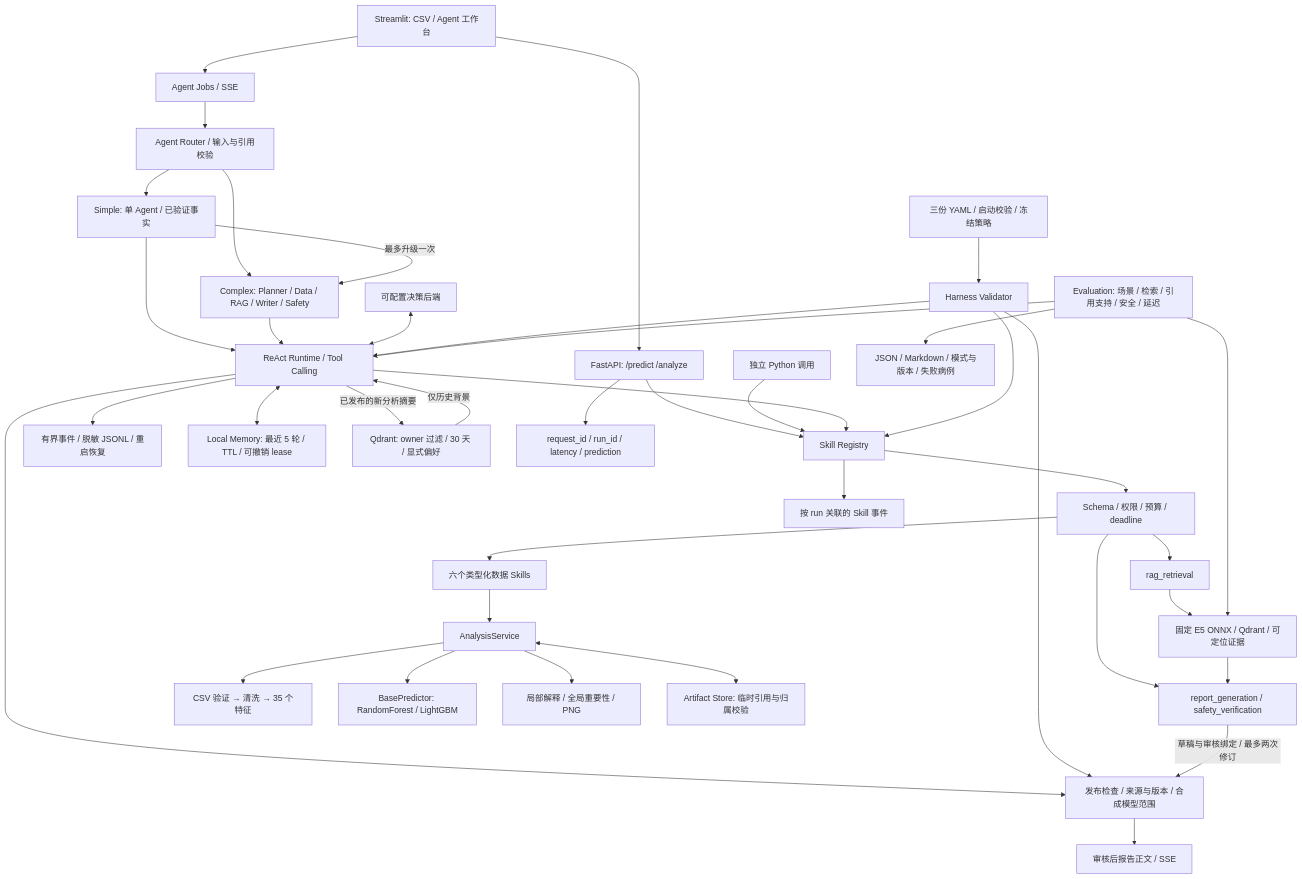
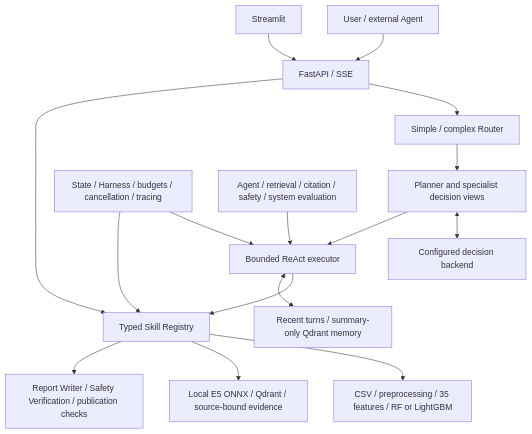
Before and after one commit to rensabella/smart-health-agent: the diagram in README.md, drawn with Mermaid. The commit also changed other lines of this file and 235 other files, not shown here.

````diff
--- a/README.md
+++ b/README.md
@@ -29,42 +27,18 @@
 ```mermaid
 flowchart TB
-    UI[Streamlit: CSV / Agent 工作台] --> HTTP
-    UI --> JOB
-    HTTP[FastAPI: /predict /analyze] --> REG[Skill Registry]
-    SCRIPT[独立 Python 调用] --> REG
-    AGENT[ReAct Runtime / Tool Calling] --> REG
-    JOB[Agent Jobs / SSE] --> ROUTER[Agent Router / 输入与引用校验]
-    ROUTER --> SIMPLE[Simple: 单 Agent / 已验证事实]
-    ROUTER --> COMPLEX[Complex: Planner / Data / RAG / Writer / Safety]
-    SIMPLE --> AGENT
-    COMPLEX --> AGENT
-    SIMPLE -->|最多升级一次| COMPLEX
-    LLM[可配置决策后端] <--> AGENT
-    YAML[三份 YAML / 启动校验 / 冻结策略] --> HARNESS[Harness Validator]
-    HARNESS --> AGENT
-    HARNESS --> REG
-    AGENT --> PUB[发布检查 / 来源与版本 / 合成模型范围]
-    PUB --> STREAM[审核后报告正文 / SSE]
-    HARNESS --> PUB
-    AGENT --> JOURNAL[有界事件 / 脱敏 JSONL / 重启恢复]
-    AGENT <--> STM[Local Memory: 最近 5 轮 / TTL / 可撤销 lease]
-    AGENT -->|已发布的新分析摘要| LTM[Qdrant: owner 过滤 / 30 天 / 显式偏好]
-    LTM -->|仅历史背景| AGENT
-    REG --> CHECK[Schema / 权限 / 预算 / deadline]
-    CHECK --> SKILLS[六个类型化数据 Skills]
-    CHECK --> KNOW[rag_retrieval]
-    KNOW --> RETRIEVAL[固定 E5 ONNX / Qdrant / 可定位证据]
-    CHECK --> REPORT[report_generation / safety_verification]
-    RETRIEVAL --> REPORT
-    REPORT -->|草稿与审核绑定 / 最多两次修订| PUB
-    SKILLS --> SERVICE[AnalysisService]
-    SERVICE --> PROCESS[CSV 验证 → 清洗 → 35 个特征]
-    SERVICE --> MODEL[BasePredictor: RandomForest / LightGBM]
-    SERVICE --> OUTPUT[局部解释 / 全局重要性 / PNG]
-    SERVICE <--> STORE[Artifact Store: 临时引用与归属校验]
-    REG --> TRACE[按 run 关联的 Skill 事件]
-    HTTP --> LOG[request_id / run_id / latency / prediction]
-    EVAL[Evaluation: 场景 / 检索 / 引用支持 / 安全 / 延迟] --> AGENT
-    EVAL --> RETRIEVAL
-    EVAL --> EVALOUT[JSON / Markdown / 模式与版本 / 失败病例]
+    User[User / external Agent] --> API[FastAPI / SSE]
+    UI[Streamlit] --> API
+    API --> Router[Simple / complex Router]
+    Router --> Planner[Planner and specialist decision views]
+    Planner <--> Backend[Configured decision backend]
+    Planner --> Executor[Bounded ReAct executor]
+    Executor --> Skills[Typed Skill Registry]
+    API --> Skills
+    Skills --> ML[CSV / preprocessing / 35 features / RF or LightGBM]
+    Skills --> RAG[Local E5 ONNX / Qdrant / source-bound evidence]
+    Skills --> Report[Report Writer / Safety Verification / publication checks]
+    Runtime[State / Harness / budgets / cancellation / tracing] --> Executor
+    Runtime --> Skills
+    Executor <--> Memory[Recent turns / summary-only Qdrant memory]
+    Eval[Agent / retrieval / citation / safety / system evaluation] --> Executor
 ```
````
